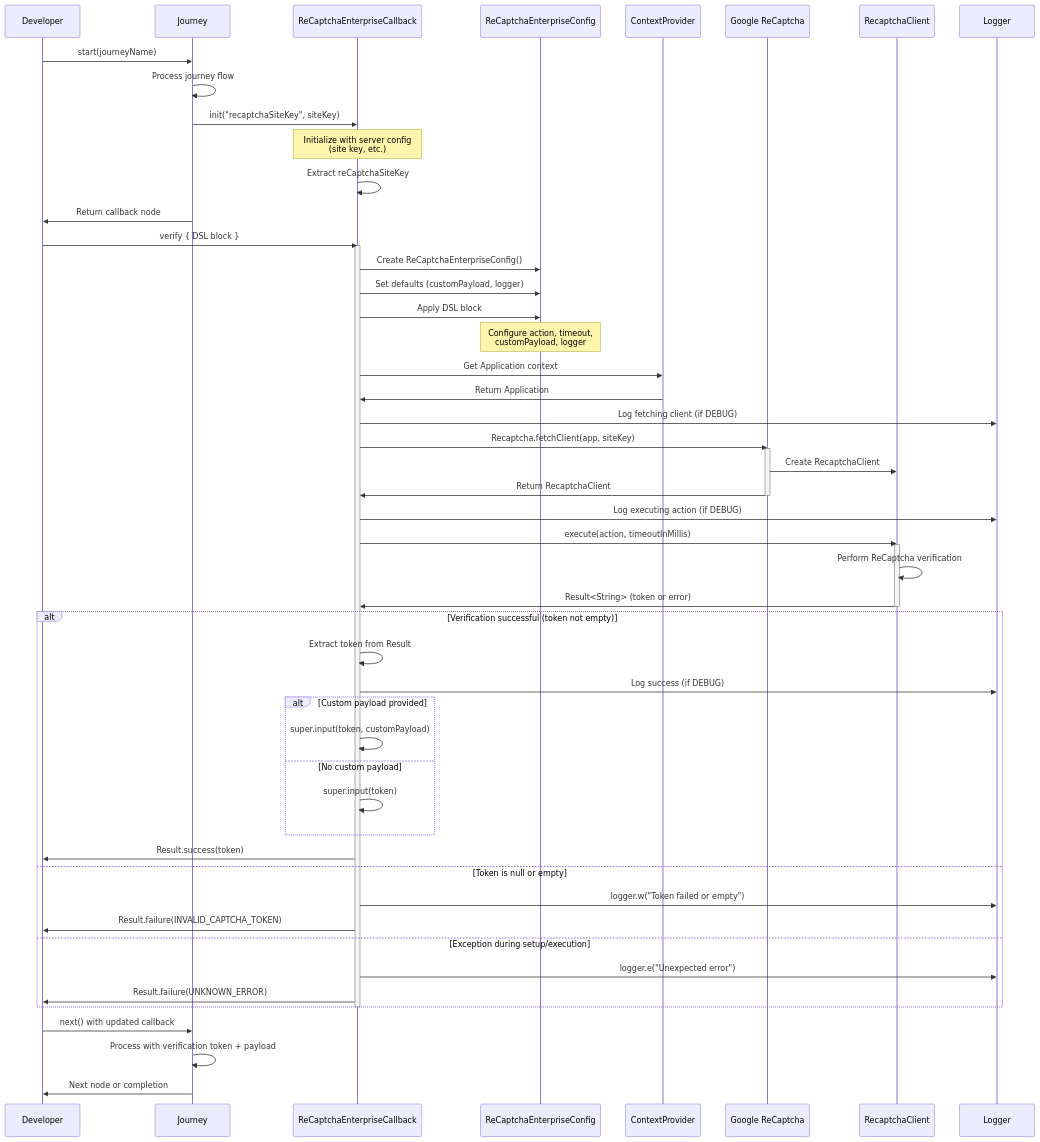
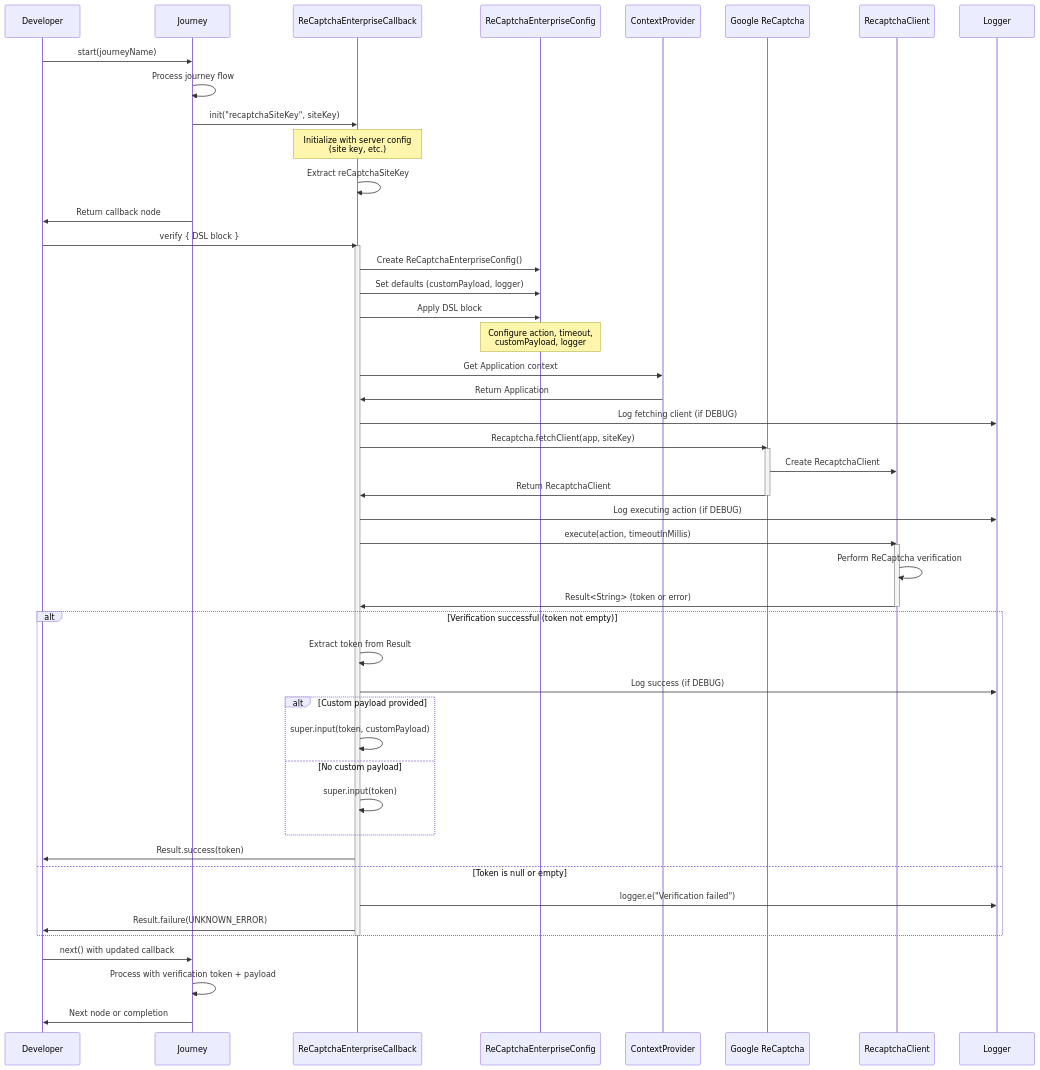
Before and after one commit to ForgeRock/ping-android-sdk: the second of 2 diagrams in recaptcha/README.md, drawn with Mermaid. The commit also changed other lines of this file and 3 other files, not shown here.

````diff
--- a/recaptcha/README.md
+++ b/recaptcha/README.md
@@ -355,70 +349,67 @@
 ```mermaid
 sequenceDiagram
     participant Dev as Developer
     participant Journey as Journey
     participant Callback as ReCaptchaEnterpriseCallback
     participant Config as ReCaptchaEnterpriseConfig
     participant Context as ContextProvider
     participant Google as Google ReCaptcha
     participant Client as RecaptchaClient
     participant Logger as Logger
 
     %% Journey Flow Initialization
     Dev->>Journey: start(journeyName)
     Journey->>Journey: Process journey flow
     Journey->>Callback: init("recaptchaSiteKey", siteKey)
     Note over Callback: Initialize with server config<br/>(site key, etc.)
     Callback->>Callback: Extract reCaptchaSiteKey
     Journey->>Dev: Return callback node
 
     %% Developer Verification Process
     Dev->>Callback: verify { DSL block }
     activate Callback
     
     %% Configuration Setup
     Callback->>Config: Create ReCaptchaEnterpriseConfig()
     Callback->>Config: Set defaults (customPayload, logger)
     Callback->>Config: Apply DSL block
     Note over Config: Configure action, timeout,<br/>customPayload, logger
     
     %% Client Creation
     Callback->>Context: Get Application context
     Context->>Callback: Return Application
     Callback->>Logger: Log fetching client (if DEBUG)
     Callback->>Google: Recaptcha.fetchClient(app, siteKey)
     activate Google
     Google->>Client: Create RecaptchaClient
     Google->>Callback: Return RecaptchaClient
     deactivate Google
     
     %% Action Execution
     Callback->>Logger: Log executing action (if DEBUG)
     Callback->>Client: execute(action, timeoutInMillis)
     activate Client
     Client->>Client: Perform ReCaptcha verification
     Client->>Callback: Result<String> (token or error)
     deactivate Client
     
     alt Verification successful (token not empty)
         Callback->>Callback: Extract token from Result
         Callback->>Logger: Log success (if DEBUG)
         alt Custom payload provided
             Callback->>Callback: super.input(token, customPayload)
         else No custom payload
             Callback->>Callback: super.input(token)
         end
         Callback->>Dev: Result.success(token)
     else Token is null or empty
-        Callback->>Logger: logger.w("Token failed or empty")
-        Callback->>Dev: Result.failure(INVALID_CAPTCHA_TOKEN)
-    else Exception during setup/execution
-        Callback->>Logger: logger.e("Unexpected error")
+        Callback->>Logger: logger.e("Verification failed")
         Callback->>Dev: Result.failure(UNKNOWN_ERROR)
     end
     deactivate Callback
     
     %% Continue Journey Flow
     Dev->>Journey: next() with updated callback
     Journey->>Journey: Process with verification token + payload
     Journey->>Dev: Next node or completion
 ```
````
